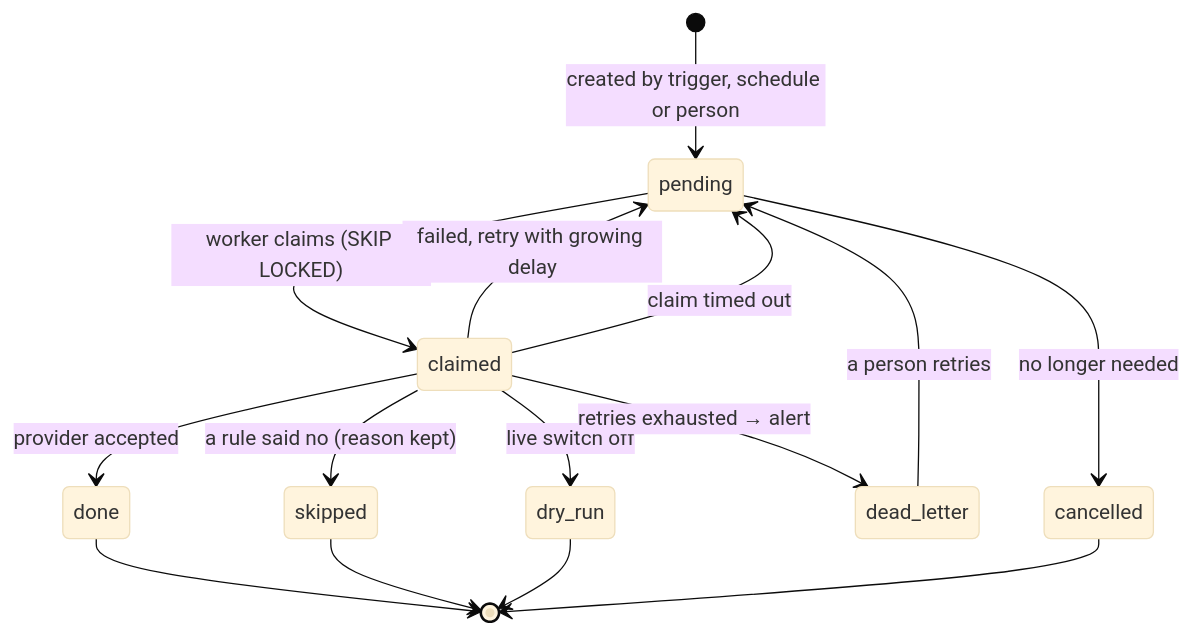
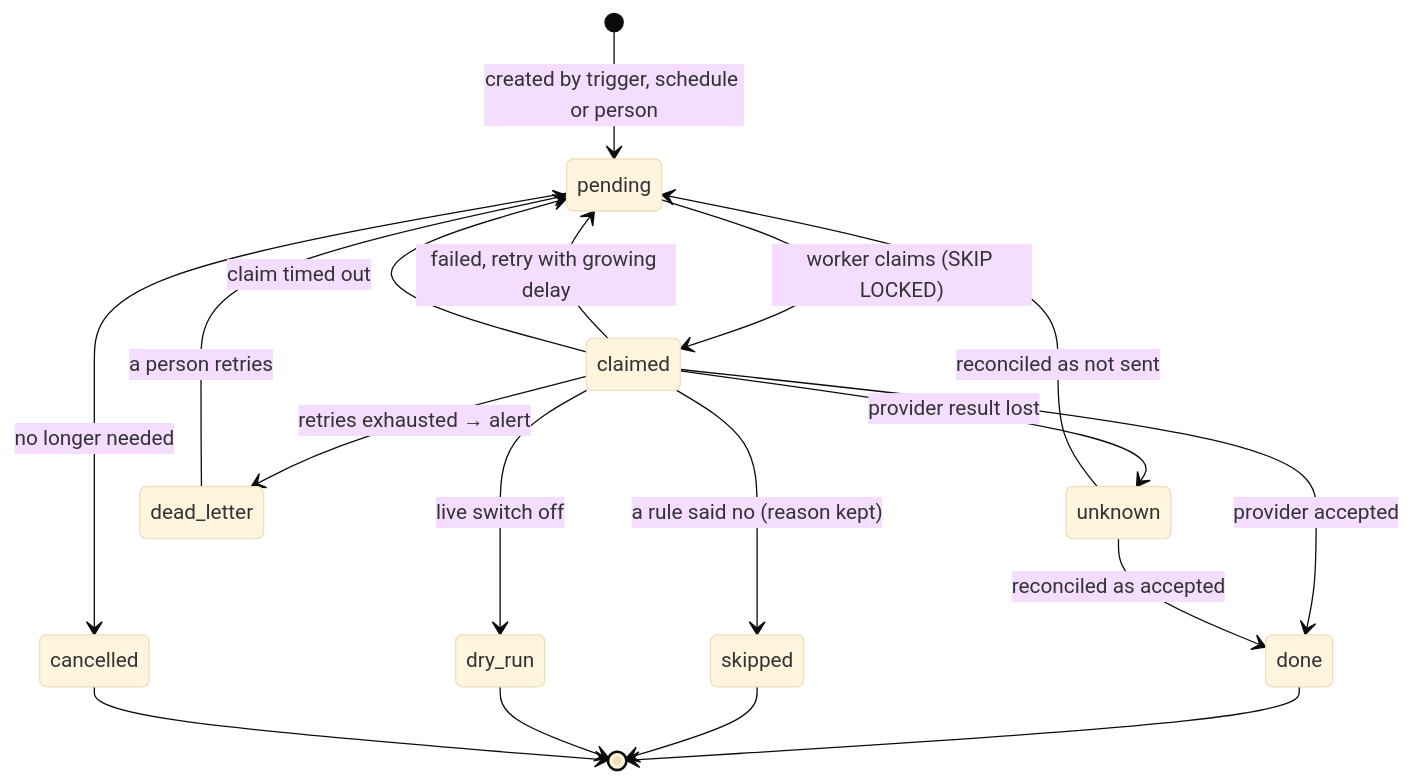
The fourth of 15 diagrams in ZELLA_VOICE_RULES.md (singhdhruv525-source/Zella-AI), drawn with Mermaid (base theme) before and after one commit. The commit also changed other lines of this file and 1 other file, not shown here.

First line of the commit message:
Address CodeRabbit review of the architecture and rulebook

````diff
--- a/ZELLA_VOICE_RULES.md
+++ b/ZELLA_VOICE_RULES.md
@@ -170,17 +170,20 @@
   ```mermaid
   stateDiagram-v2
     [*] --> pending: created by trigger, schedule or person
     pending --> claimed: worker claims (SKIP LOCKED)
     claimed --> done: provider accepted
+    claimed --> unknown: provider result lost
+    unknown --> done: reconciled as accepted
+    unknown --> pending: reconciled as not sent
     claimed --> skipped: a rule said no (reason kept)
     claimed --> dry_run: live switch off
     claimed --> pending: failed, retry with growing delay
     claimed --> pending: claim timed out
     claimed --> dead_letter: retries exhausted → alert
     pending --> cancelled: no longer needed
     dead_letter --> pending: a person retries
     done --> [*]
     skipped --> [*]
     dry_run --> [*]
     cancelled --> [*]
   ```
````
